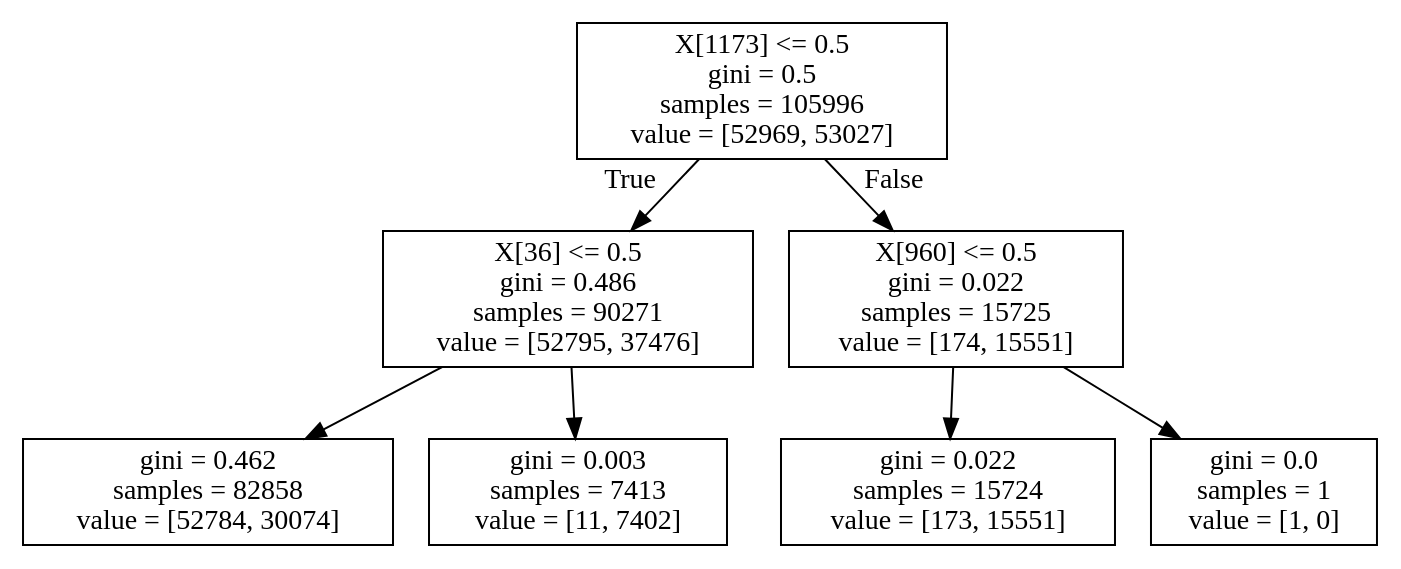
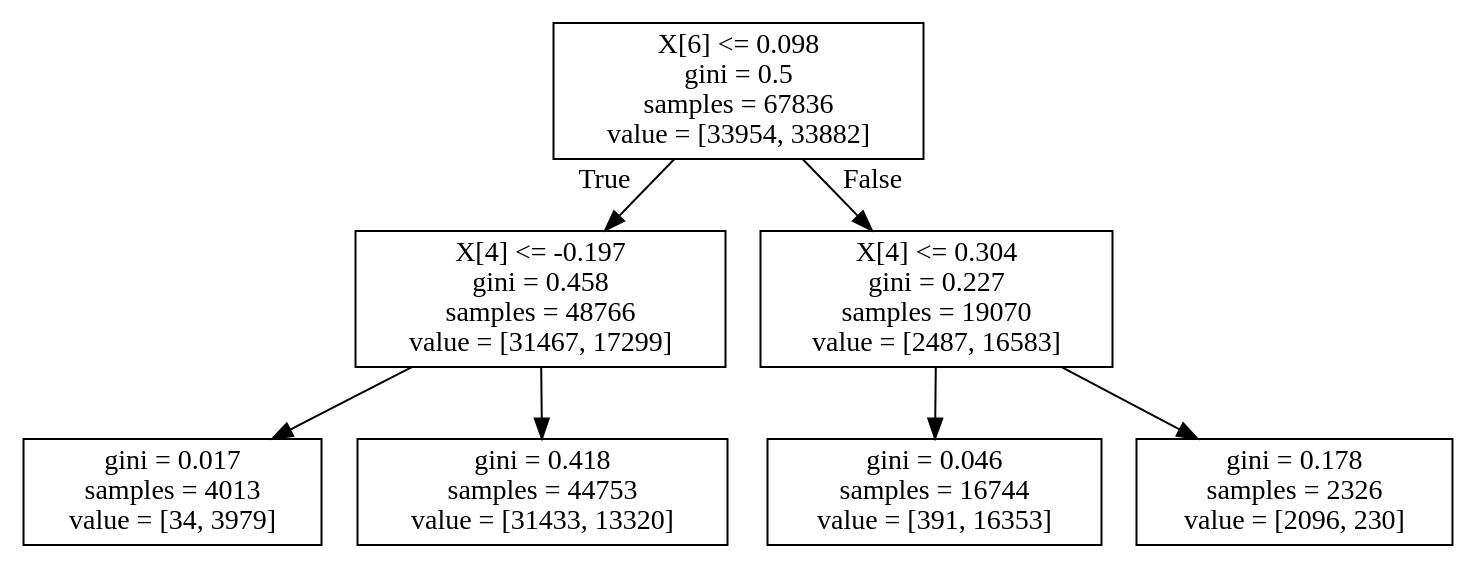
Before and after one commit to leejong4414/CSE-546-Project: the diagram in Decision Tree/tree1.dot, drawn with Graphviz. The commit also changed 19 other files, not shown here.

```diff
--- a/Decision Tree/tree1.dot
+++ b/Decision Tree/tree1.dot
@@ -1,16 +1,16 @@
 digraph Tree {
 node [shape=box] ;
-0 [label="X[1173] <= 0.5\ngini = 0.5\nsamples = 105996\nvalue = [52969, 53027]"] ;
-1 [label="X[36] <= 0.5\ngini = 0.486\nsamples = 90271\nvalue = [52795, 37476]"] ;
+0 [label="X[6] <= 0.098\ngini = 0.5\nsamples = 67836\nvalue = [33954, 33882]"] ;
+1 [label="X[4] <= -0.197\ngini = 0.458\nsamples = 48766\nvalue = [31467, 17299]"] ;
 0 -> 1 [labeldistance=2.5, labelangle=45, headlabel="True"] ;
-2 [label="gini = 0.462\nsamples = 82858\nvalue = [52784, 30074]"] ;
+2 [label="gini = 0.017\nsamples = 4013\nvalue = [34, 3979]"] ;
 1 -> 2 ;
-3 [label="gini = 0.003\nsamples = 7413\nvalue = [11, 7402]"] ;
+3 [label="gini = 0.418\nsamples = 44753\nvalue = [31433, 13320]"] ;
 1 -> 3 ;
-4 [label="X[960] <= 0.5\ngini = 0.022\nsamples = 15725\nvalue = [174, 15551]"] ;
+4 [label="X[4] <= 0.304\ngini = 0.227\nsamples = 19070\nvalue = [2487, 16583]"] ;
 0 -> 4 [labeldistance=2.5, labelangle=-45, headlabel="False"] ;
-5 [label="gini = 0.022\nsamples = 15724\nvalue = [173, 15551]"] ;
+5 [label="gini = 0.046\nsamples = 16744\nvalue = [391, 16353]"] ;
 4 -> 5 ;
-6 [label="gini = 0.0\nsamples = 1\nvalue = [1, 0]"] ;
+6 [label="gini = 0.178\nsamples = 2326\nvalue = [2096, 230]"] ;
 4 -> 6 ;
 }
```
